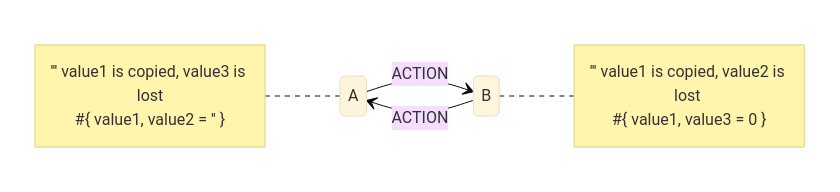
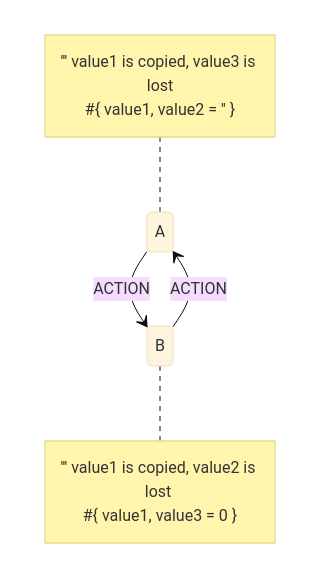
One commit to tfcp68/yantrix changed the second of 4 diagrams in docs/syntax/110_data_objects.md. Above: the diagram before and after it, drawn with Mermaid (base theme). The commit also changed other lines of this file and 1 other file, not shown here.

````diff
--- a/docs/syntax/110_data_objects.md
+++ b/docs/syntax/110_data_objects.md
@@ -32,14 +32,14 @@
 ```mermaid
 stateDiagram-v2
-    direction LR
+    direction TB
     A-->B: ACTION
     B-->A: ACTION
     note left of A
         ''' value1 is copied, value3 is lost
         #{ value1, value2 = '' }
     end note
     note right of B
         ''' value1 is copied, value2 is lost 
         #{ value1, value3 = 0 }
     end note
 ```
````
